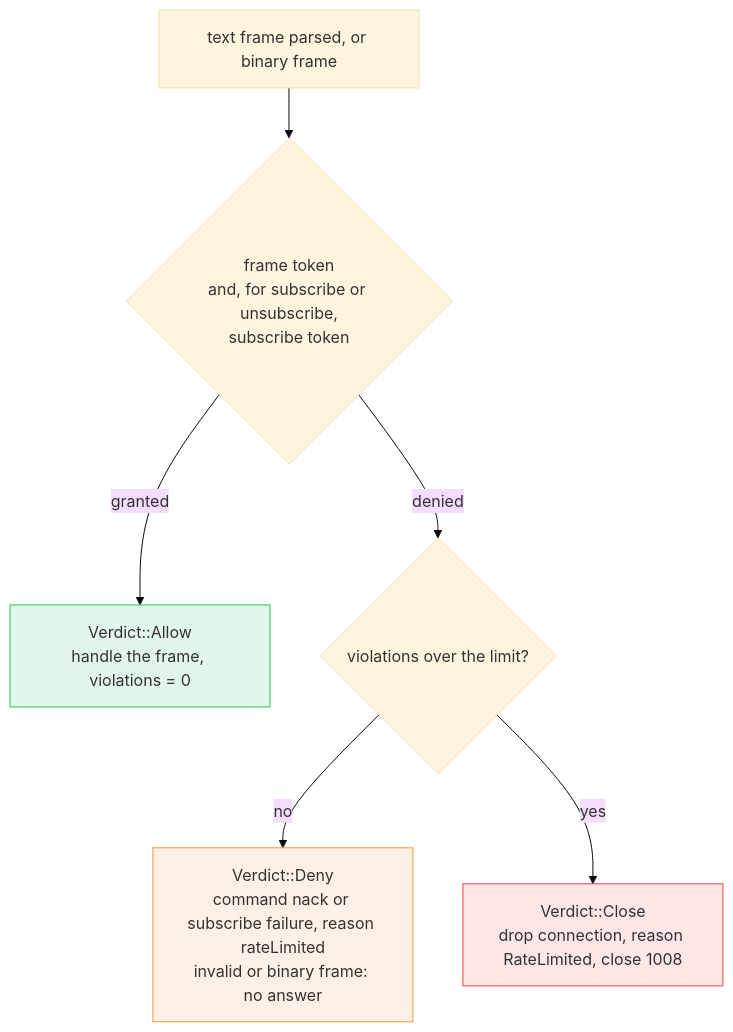
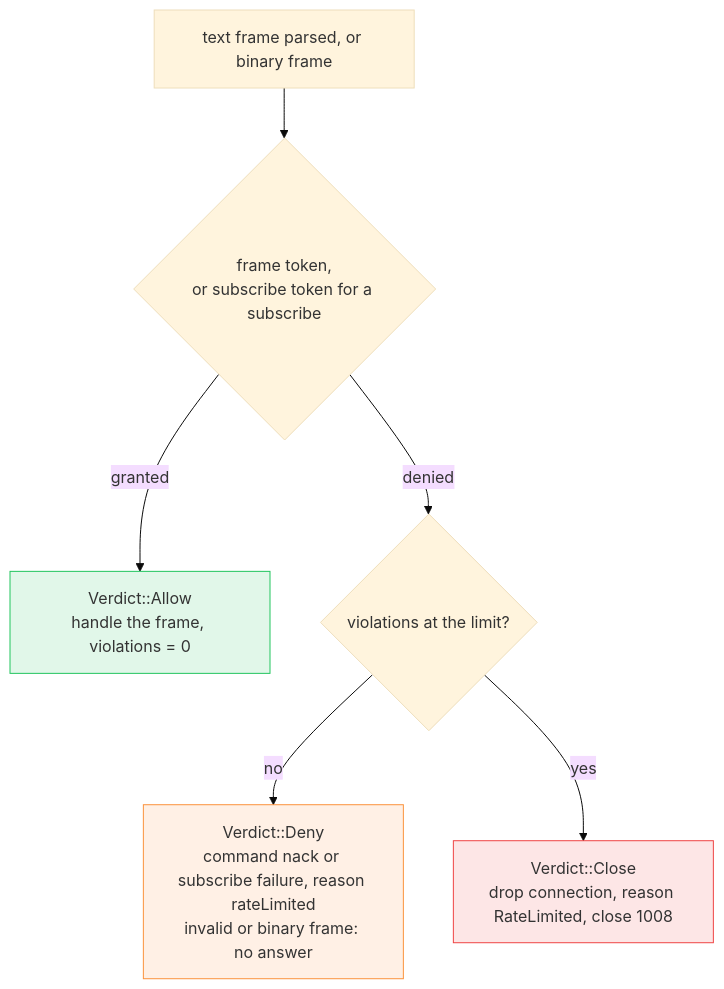
One commit to gzp79/shine-services changed the second of 2 diagrams in docs/services/builder/hub-load-protection.md. Above: the diagram before and after it, drawn with Mermaid (base theme). The commit also changed other lines of this file and 9 other files, not shown here.

````diff
--- a/docs/services/builder/hub-load-protection.md
+++ b/docs/services/builder/hub-load-protection.md
@@ -54,12 +54,12 @@
 ```mermaid
 flowchart TD
     classDef green fill:#22c55e22,stroke:#22c55e
     classDef red fill:#ef444422,stroke:#ef4444
     classDef orange fill:#fb923c22,stroke:#fb923c
 
-    P["text frame parsed, or binary frame"] --> T{"frame token<br/>and, for subscribe or unsubscribe,<br/>subscribe token"}
+    P["text frame parsed, or binary frame"] --> T{"frame token,<br/>or subscribe token for a subscribe"}
     T -- "granted" --> OK["Verdict::Allow<br/>handle the frame, violations = 0"]:::green
-    T -- "denied" --> V{"violations over the limit?"}
+    T -- "denied" --> V{"violations at the limit?"}
     V -- "no" --> N["Verdict::Deny<br/>command nack or subscribe failure, reason rateLimited<br/>invalid or binary frame: no answer"]:::orange
     V -- "yes" --> D["Verdict::Close<br/>drop connection, reason RateLimited, close 1008"]:::red
 ```
````
